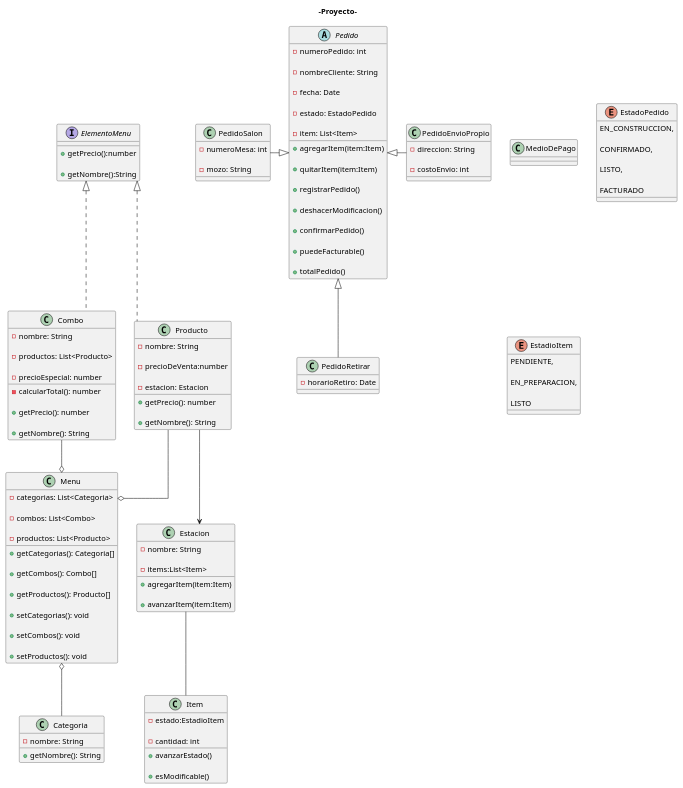
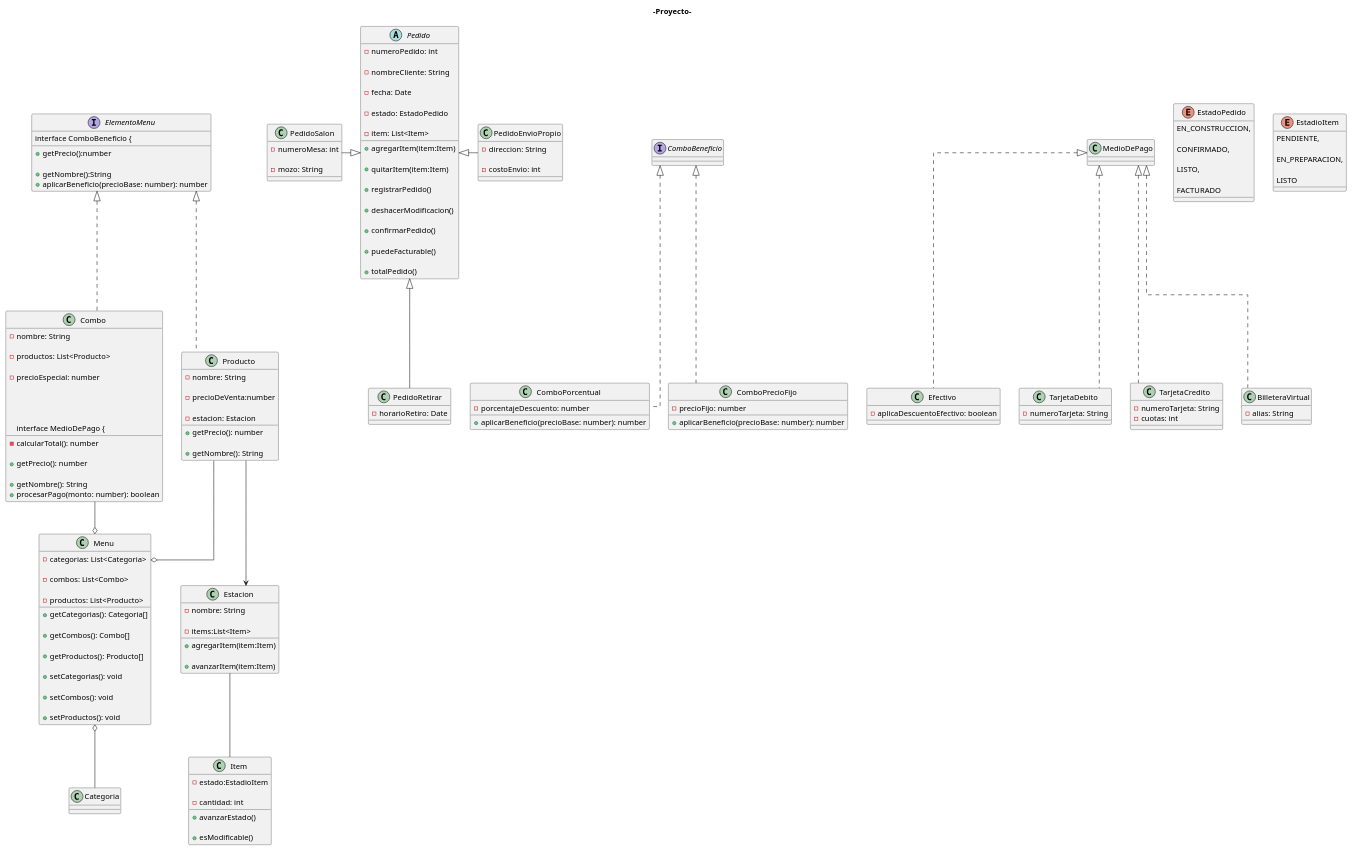
The diagram in diagramas/diagramas.puml (JuanJauregui2014/Tp-cuatrimestral-programacion-II), drawn with PlantUML before and after one commit. The commit also changed 23 other files, not shown here.

Commit message:
Actualizo diagrama-alternativo

```diff
--- a/diagramas/diagramas.puml
+++ b/diagramas/diagramas.puml
@@ -11,7 +11,18 @@
     +getNombre():String
 
 
+interface ComboBeneficio {
+    +aplicarBeneficio(precioBase: number): number
+}
 
+class ComboPorcentual implements ComboBeneficio {
+    -porcentajeDescuento: number
+    +aplicarBeneficio(precioBase: number): number
+}
+
+class ComboPrecioFijo implements ComboBeneficio {
+    -precioFijo: number
+    +aplicarBeneficio(precioBase: number): number
 }
 
 abstract class Pedido{
@@ -116,14 +127,25 @@
 
     +getNombre(): String
 
+ interface MedioDePago {
+    +procesarPago(monto: number): boolean
 }
 
-class Categoria{
+class Efectivo implements MedioDePago {
+    -aplicaDescuentoEfectivo: boolean
+}
 
-    -nombre: String
+class TarjetaDebito implements MedioDePago {
+    -numeroTarjeta: String
+}
 
-    +getNombre(): String
+class TarjetaCredito implements MedioDePago {
+    -numeroTarjeta: String
+    -cuotas: int
+}
 
+class BilleteraVirtual implements MedioDePago {
+    -alias: String
 }
 
 class Estacion{
```
